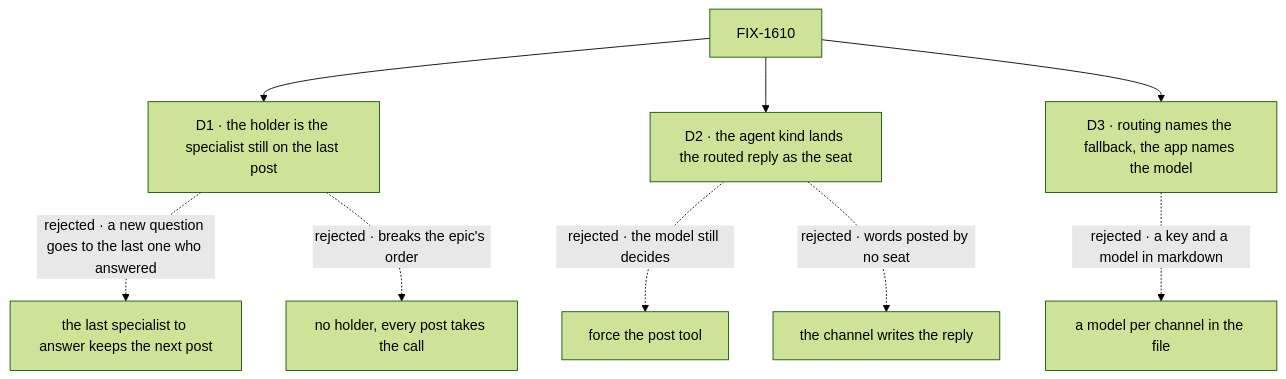
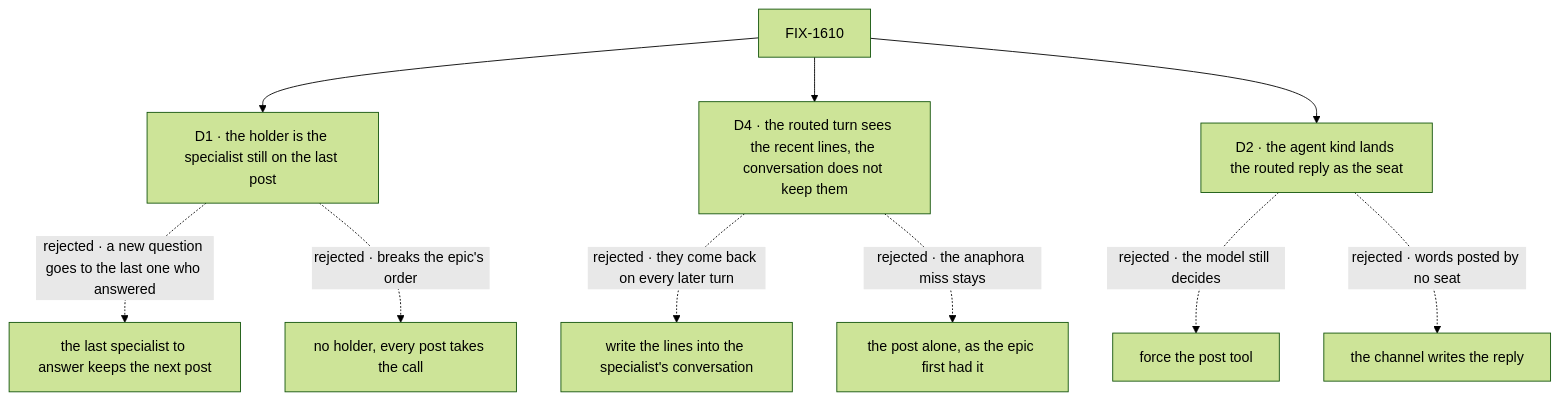
Before and after one commit to fixpoint-labs/flow-state-dev: the diagram in specs/issues/FIX-1610/DECISIONS.md, drawn with Mermaid (forest theme). The commit also changed other lines of this file and 9 other files, not shown here.

````diff
--- a/specs/issues/FIX-1610/DECISIONS.md
+++ b/specs/issues/FIX-1610/DECISIONS.md
@@ -11,11 +12,12 @@
 ```mermaid
 flowchart TD
   I["FIX-1610"] --> D1["D1 · the holder is the specialist still on the last post"]
   D1 -.->|"rejected · a new question goes to the last one who answered"| X1["the last specialist to answer keeps the next post"]
   D1 -.->|"rejected · breaks the epic's order"| X1b["no holder, every post takes the call"]
+  I --> D4["D4 · the routed turn sees the recent lines, the conversation does not keep them"]
+  D4 -.->|"rejected · they come back on every later turn"| X4["write the lines into the specialist's conversation"]
+  D4 -.->|"rejected · the anaphora miss stays"| X4b["the post alone, as the epic first had it"]
   I --> D2["D2 · the agent kind lands the routed reply as the seat"]
   D2 -.->|"rejected · the model still decides"| X2["force the post tool"]
   D2 -.->|"rejected · words posted by no seat"| X2b["the channel writes the reply"]
-  I --> D3["D3 · routing names the fallback, the app names the model"]
-  D3 -.->|"rejected · a key and a model in markdown"| X3["a model per channel in the file"]
 ```
````
